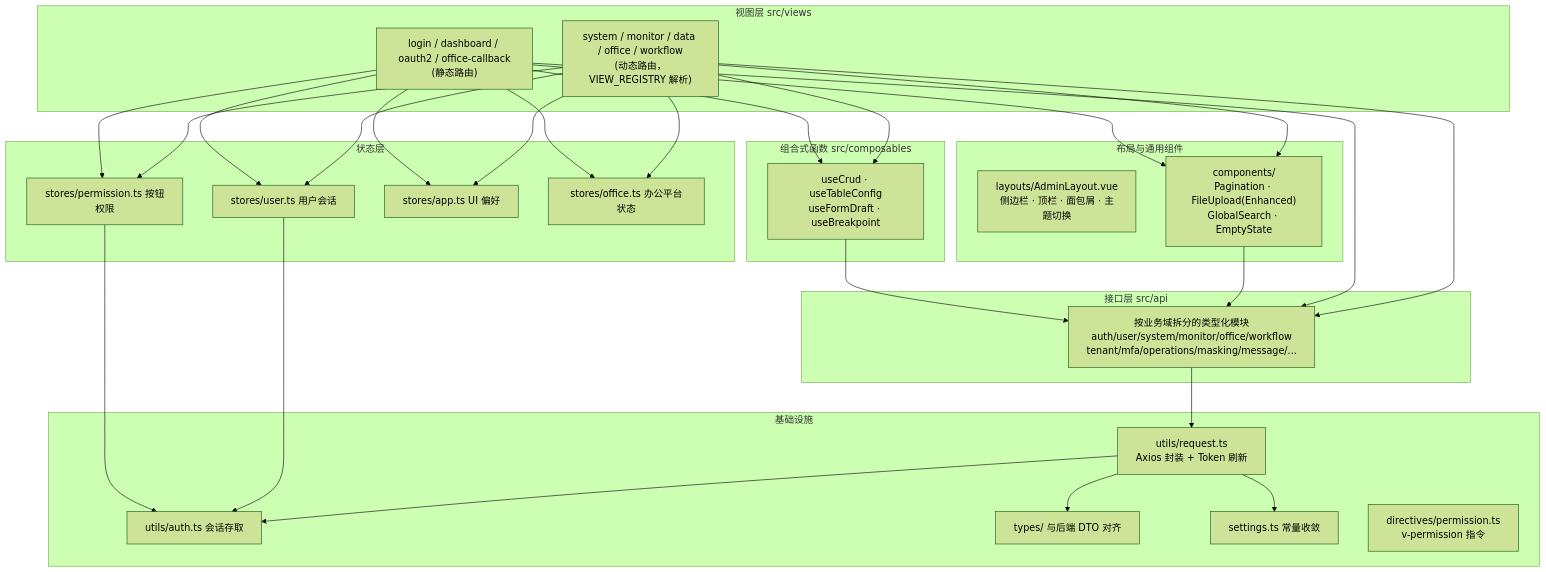
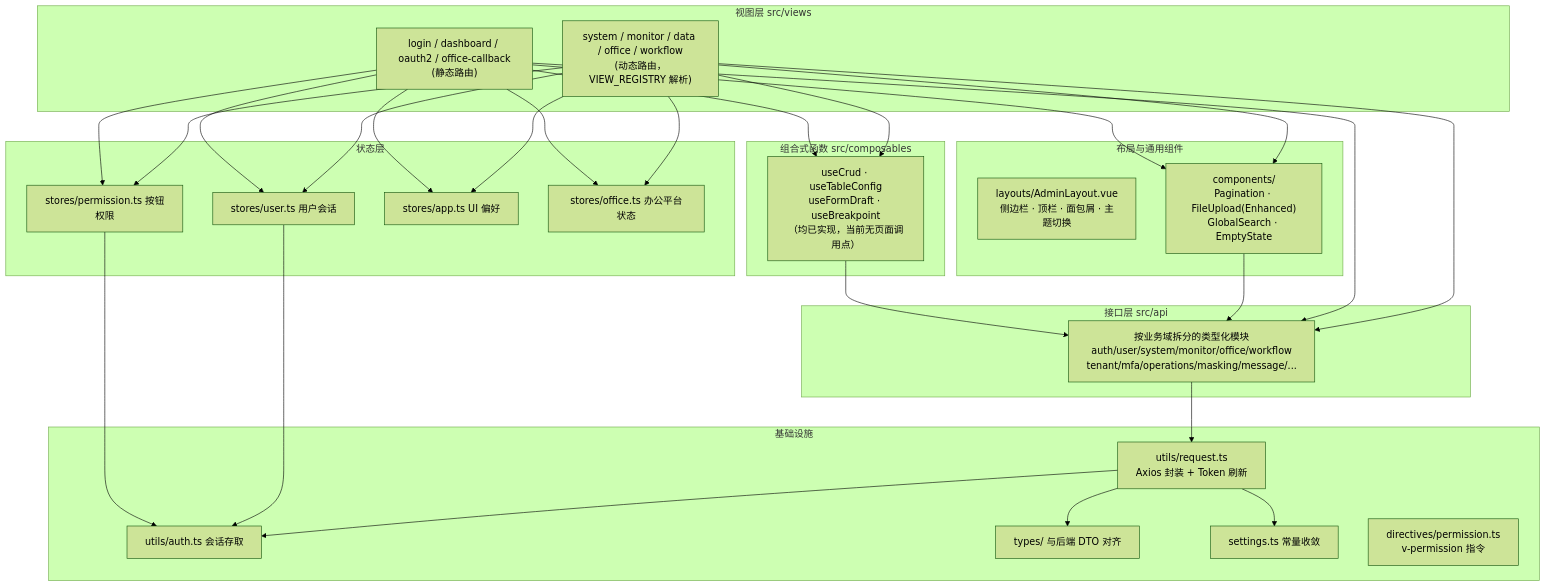
The second of 4 diagrams in docs/architecture/overview.md (apex-cloud-service/apex-admin-web), drawn with Mermaid (forest theme) before and after one commit. The commit also changed other lines of this file and 17 other files, not shown here.

````diff
--- a/docs/architecture/overview.md
+++ b/docs/architecture/overview.md
@@ -62,44 +62,44 @@
 ```mermaid
 flowchart TB
     subgraph Views["视图层 src/views"]
         V1["system / monitor / data / office / workflow<br/>(动态路由，VIEW_REGISTRY 解析)"]
         V2["login / dashboard / oauth2 / office-callback<br/>(静态路由)"]
     end
 
     subgraph Layout["布局与通用组件"]
         L1["layouts/AdminLayout.vue<br/>侧边栏 · 顶栏 · 面包屑 · 主题切换"]
         L2["components/<br/>Pagination · FileUpload(Enhanced)<br/>GlobalSearch · EmptyState"]
     end
 
     subgraph State["状态层"]
         S1["stores/user.ts 用户会话"]
         S2["stores/permission.ts 按钮权限"]
         S3["stores/app.ts UI 偏好"]
         S4["stores/office.ts 办公平台状态"]
     end
 
     subgraph Compose["组合式函数 src/composables"]
-        C1["useCrud · useTableConfig<br/>useFormDraft · useBreakpoint"]
+        C1["useCrud · useTableConfig<br/>useFormDraft · useBreakpoint<br/>（均已实现，当前无页面调用点）"]
     end
 
     subgraph Api["接口层 src/api"]
         A1["按业务域拆分的类型化模块<br/>auth/user/system/monitor/office/workflow<br/>tenant/mfa/operations/masking/message/..."]
     end
 
     subgraph Infra["基础设施"]
         I1["utils/request.ts<br/>Axios 封装 + Token 刷新"]
         I2["utils/auth.ts 会话存取"]
         I3["types/ 与后端 DTO 对齐"]
         I4["settings.ts 常量收敛"]
         I5["directives/permission.ts<br/>v-permission 指令"]
     end
 
     V1 & V2 --> L2
     V1 & V2 --> S1 & S2 & S3 & S4
     V1 & V2 --> C1
     V1 & V2 & L2 & C1 --> A1
     A1 --> I1
     I1 --> I2 & I4
     S1 & S2 --> I2
     I1 --> I3
 ```
````
